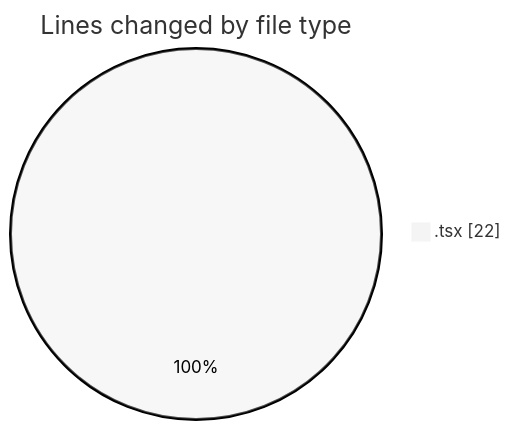
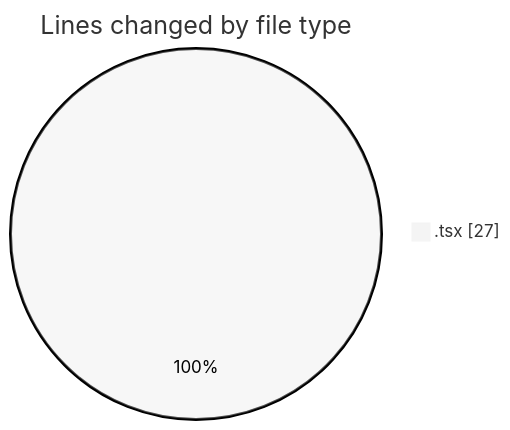
Before and after one commit to Elitesun/code-tracking: the first of 2 diagrams in 2025-05-06/niten/README.md, drawn with Mermaid (neutral theme). The commit also changed other lines of this file and 1 other file, not shown here.

````diff
--- a/2025-05-06/niten/README.md
+++ b/2025-05-06/niten/README.md
@@ -20,5 +20,5 @@
 ```mermaid
 pie showData
 title Lines changed by file type
-".tsx" : 22
+".tsx" : 27
 ```
````
